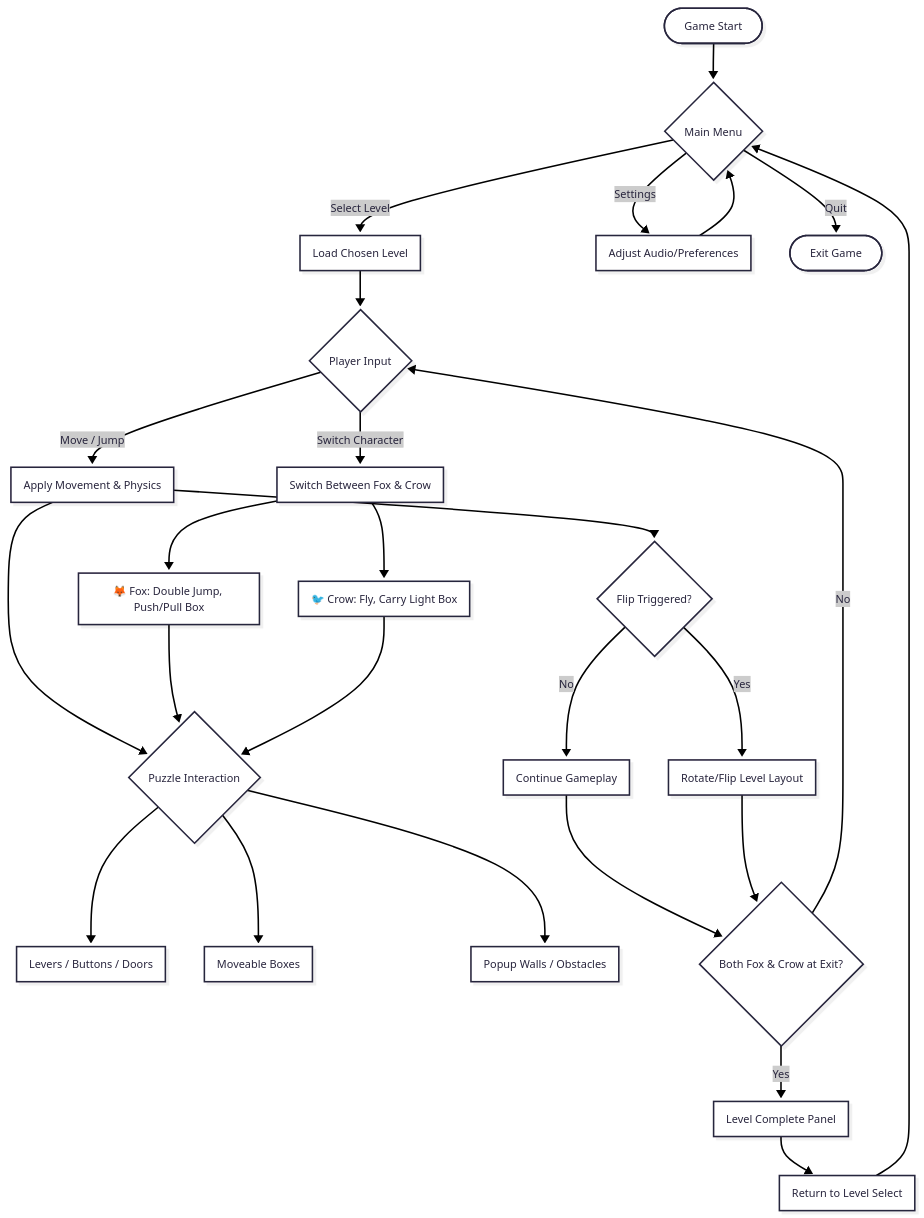
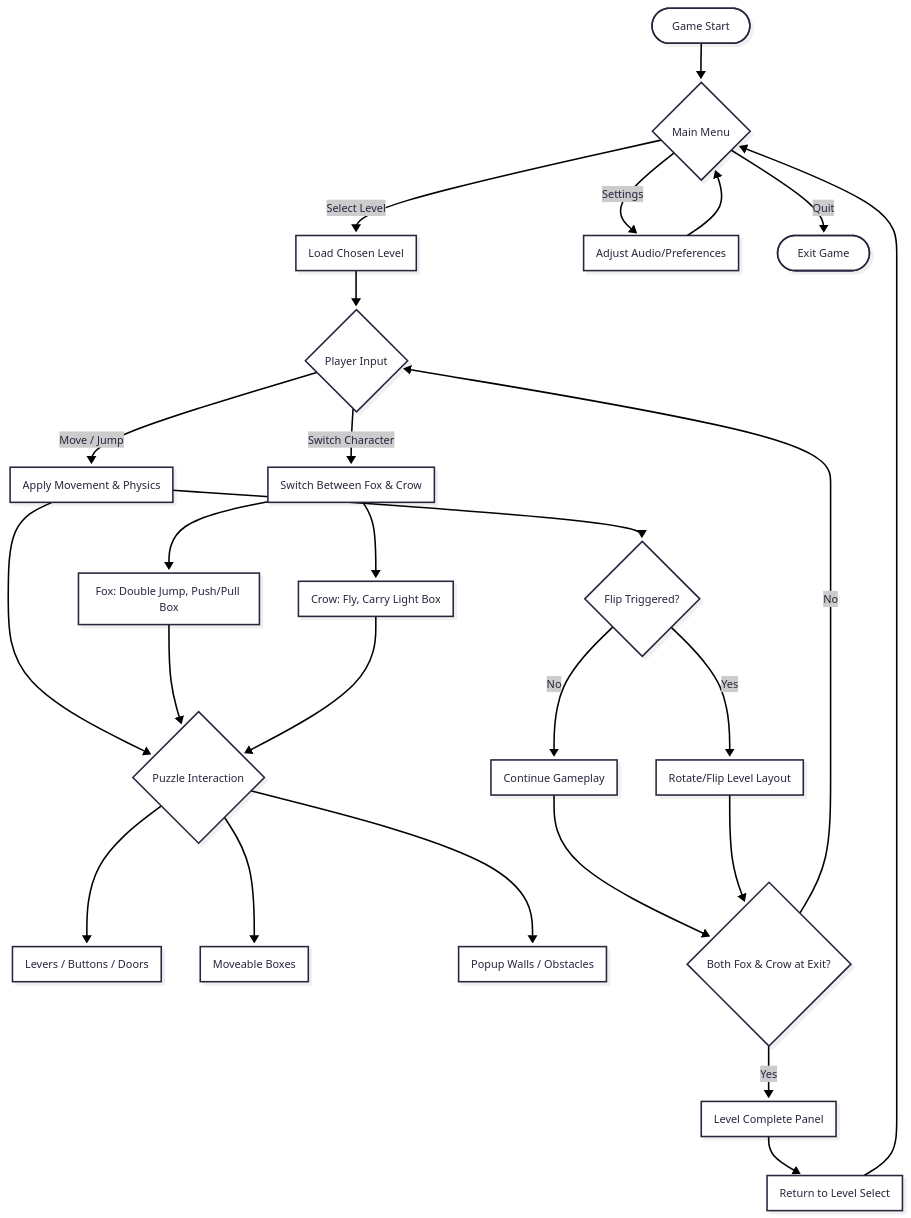
One commit to Justsomeguy241/Out-of-the-box changed the third of 4 diagrams in README.md. Above: the diagram before and after it, drawn with Mermaid. The commit also changed other lines of this file, not shown here.

````diff
--- a/README.md
+++ b/README.md
@@ -123,51 +123,51 @@
 ```mermaid
 ---
 config:
   theme: redux
   look: neo
 ---
 flowchart TD
   %% --- Game Start & Menu ---
   start([Game Start])
   start --> menu{Main Menu}
 
   menu -->|"Select Level"| level[Load Chosen Level]
   menu -->|"Settings"| settings[Adjust Audio/Preferences]
   menu -->|"Quit"| quit([Exit Game])
   settings --> menu
 
   %% --- Gameplay Core ---
   level --> input{Player Input}
   input -->|"Move / Jump"| move[Apply Movement & Physics]
   input -->|"Switch Character"| switch[Switch Between Fox & Crow]
 
   %% --- Character Abilities ---
-  switch --> fox[🦊 Fox: Double Jump, Push/Pull Box]
-  switch --> crow[🐦 Crow: Fly, Carry Light Box]
+  switch --> fox[Fox: Double Jump, Push/Pull Box]
+  switch --> crow[Crow: Fly, Carry Light Box]
 
   %% --- Puzzle System ---
   move --> puzzle{Puzzle Interaction}
   fox --> puzzle
   crow --> puzzle
 
   puzzle --> lever[Levers / Buttons / Doors]
   puzzle --> box[Moveable Boxes]
   puzzle --> wall[Popup Walls / Obstacles]
 
   %% --- Flip Mechanic ---
   move --> flip{Flip Triggered?}
   flip -->|Yes| doFlip[Rotate/Flip Level Layout]
   flip -->|No| cont[Continue Gameplay]
 
   %% --- Exit System ---
   cont --> exitChk{Both Fox & Crow at Exit?}
   doFlip --> exitChk
 
   exitChk -->|Yes| complete[Level Complete Panel]
   exitChk -->|No| input
 
   complete --> backToSelect[Return to Level Select]
   backToSelect --> menu
 
 
 ```
````
